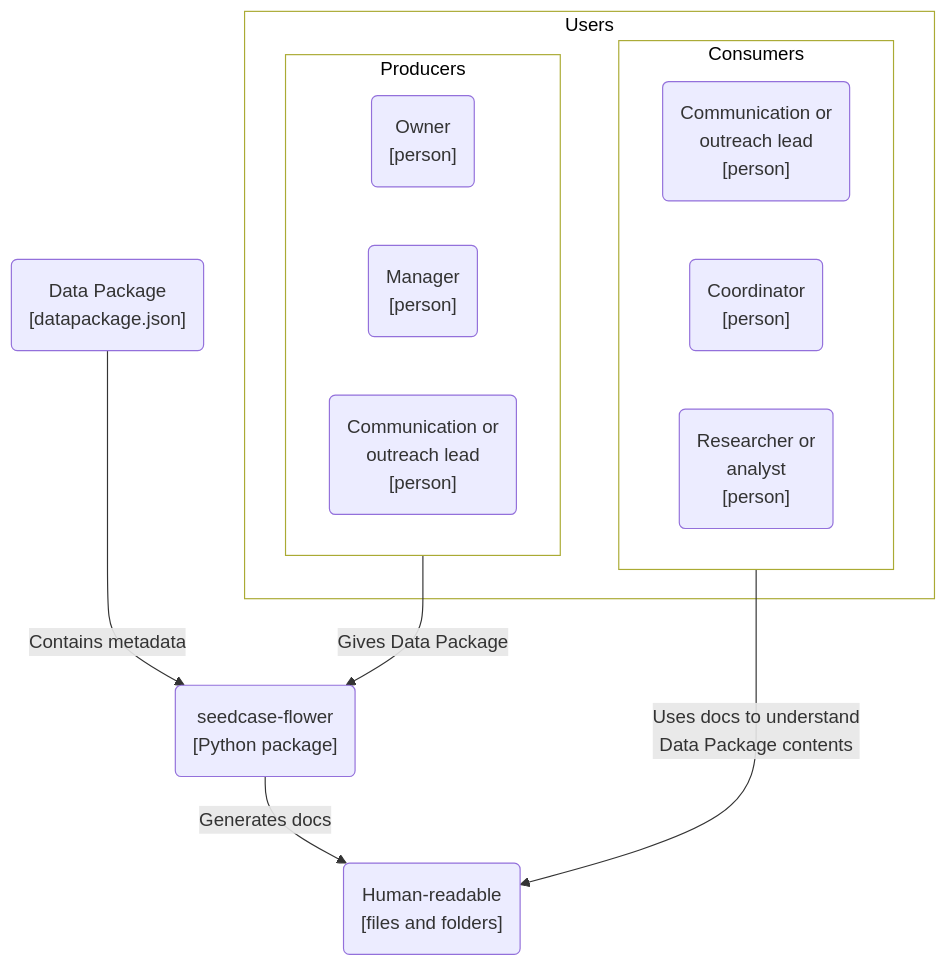
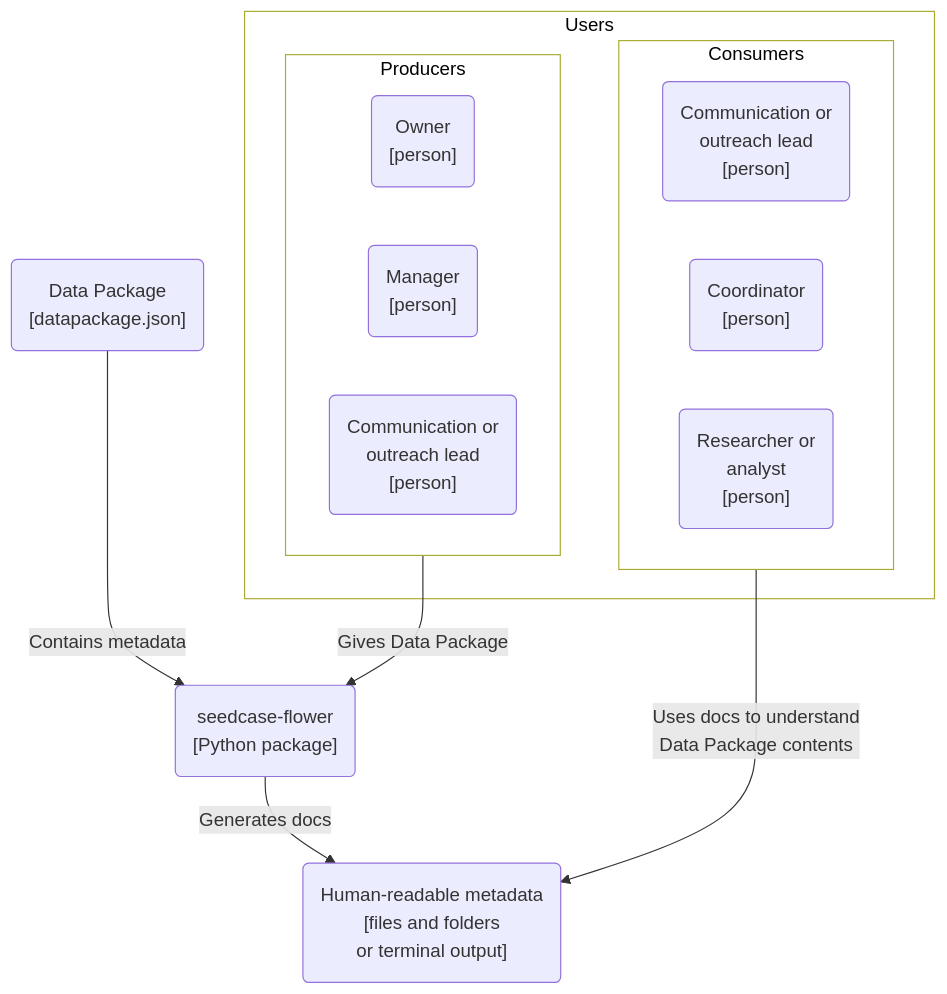
One commit to seedcase-project/seedcase-flower changed the first of 3 diagrams in docs/design/architecture.qmd. Above: the diagram before and after it, drawn with Mermaid. The commit also changed other lines of this file, not shown here.

Commit message:
docs: :pencil2: add that output includes terminal output in diagrams

````diff
--- a/docs/design/architecture.qmd
+++ b/docs/design/architecture.qmd
@@ -122,37 +122,37 @@
 ```{mermaid}
 %%| label: fig-c4-context
 %%| fig-cap: "C4 system context diagram showing the anticipated users and external systems Flower interacts with."
 flowchart
 
     subgraph Users
         Producers["Producer users"]
         Consumers["Consumer users"]
     end
 
     subgraph Producers
         user_owner("Owner<br>[person]")
         user_manager("Manager<br>[person]")
         user_communicator1("Communication or<br>outreach lead<br>[person]")
     end
 
     subgraph Consumers
         user_communicator2("Communication or<br>outreach lead<br>[person]")
         user_coordinator("Coordinator<br>[person]")
         user_researcher("Researcher or<br>analyst<br>[person]")
     end
 
     datapackage("Data Package<br>[datapackage.json]")
     flower("seedcase-flower<br>[Python package]")
 
-    output("Human-readable<br>[files and folders]")
+    output("Human-readable metadata<br>[files and folders<br>or terminal output]")
 
     datapackage --"Contains metadata"--> flower
     Producers --"Gives Data Package"--> flower
     flower --"Generates docs"--> output
     Consumers --"Uses docs to understand<br>Data Package contents"--> output
 
     %% Styling
     style Producers fill:#FFFFFF, color:#000000
     style Consumers fill:#FFFFFF, color:#000000
     style Users fill:#FFFFFF, color:#000000
 ```
````
